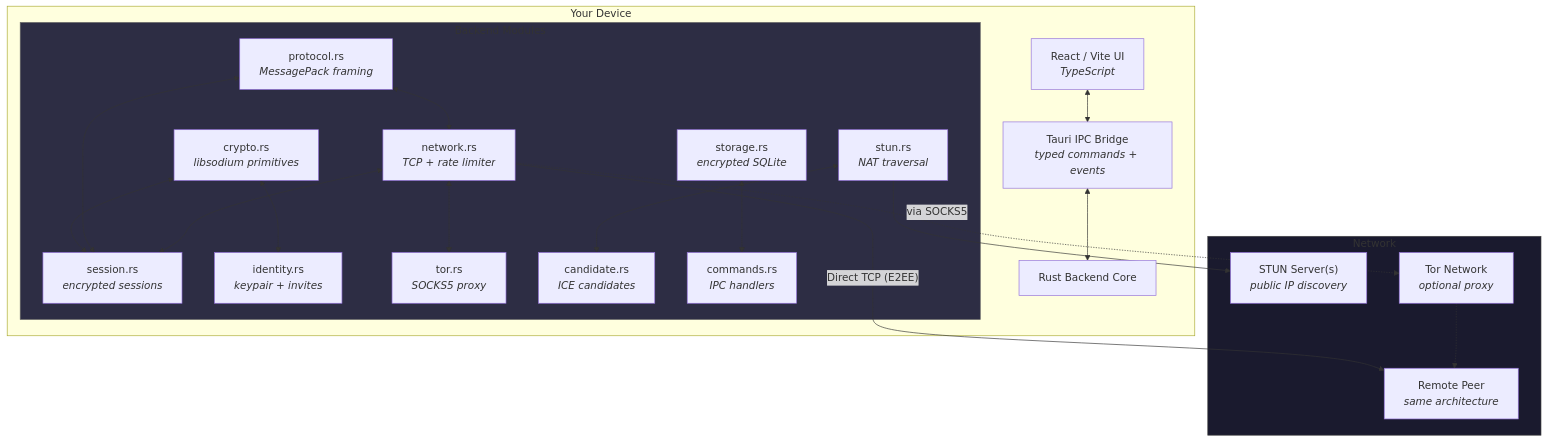
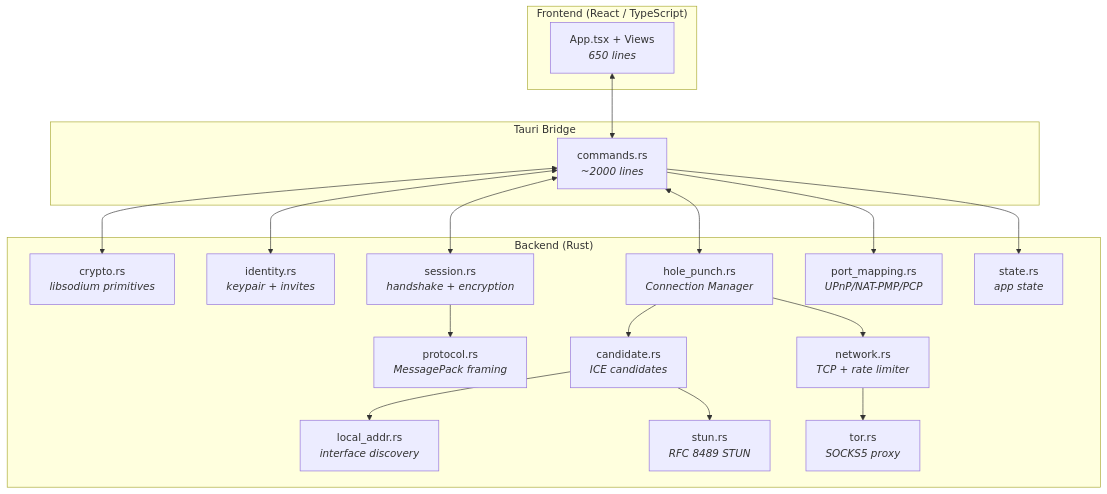
The second of 3 diagrams in README.md (Nciibi/m2m), drawn with Mermaid before and after one commit. The commit also changed other lines of this file and 2 other files, not shown here.

````diff
--- a/README.md
+++ b/README.md
@@ -192,46 +269,34 @@
 ```mermaid
 graph TB
-    subgraph User_Device ["Your Device"]
-        UI["React / Vite UI<br/><i>TypeScript</i>"]
-        IPC["Tauri IPC Bridge<br/><i>typed commands + events</i>"]
-        BE["Rust Backend Core"]
-
-        subgraph BE_Modules ["Backend Modules"]
-            CR["crypto.rs<br/><i>libsodium primitives</i>"]
-            PR["protocol.rs<br/><i>MessagePack framing</i>"]
-            NW["network.rs<br/><i>TCP + rate limiter</i>"]
-            SE["session.rs<br/><i>encrypted sessions</i>"]
-            ID["identity.rs<br/><i>keypair + invites</i>"]
-            ST["storage.rs<br/><i>encrypted SQLite</i>"]
-            SU["stun.rs<br/><i>NAT traversal</i>"]
-            TO["tor.rs<br/><i>SOCKS5 proxy</i>"]
-            CA["candidate.rs<br/><i>ICE candidates</i>"]
-            CM["commands.rs<br/><i>IPC handlers</i>"]
-        end
-
-        UI <--> IPC
-        IPC <--> BE
-        CR <--> SE
-        CR <--> ID
-        PR <--> NW
-        PR <--> SE
-        NW <--> SE
-        NW <--> TO
-        ST <--> CM
-        SU <--> CA
+    subgraph Frontend ["Frontend (React / TypeScript)"]
+        UI["App.tsx + Views<br/><i>650 lines</i>"]
     end
 
-    subgraph Network ["Network"]
-        P1["Remote Peer<br/><i>same architecture</i>"]
-        STUN["STUN Server(s)<br/><i>public IP discovery</i>"]
-        TOR["Tor Network<br/><i>optional proxy</i>"]
+    subgraph IPC ["Tauri Bridge"]
+        CM["commands.rs<br/><i>~2000 lines</i>"]
     end
 
-    NW -->|"Direct TCP (E2EE)"| P1
-    NW -.->|"via SOCKS5"| TOR
-    TOR -.-> P1
-    SU --> STUN
+    subgraph Backend ["Backend (Rust)"]
+        CR["crypto.rs<br/><i>libsodium primitives</i>"]
+        PR["protocol.rs<br/><i>MessagePack framing</i>"]
+        NW["network.rs<br/><i>TCP + rate limiter</i>"]
+        SE["session.rs<br/><i>handshake + encryption</i>"]
+        ID["identity.rs<br/><i>keypair + invites</i>"]
+        ST["storage.rs<br/><i>encrypted SQLite</i>"]
+        STUN["stun.rs<br/><i>RFC 8489 STUN</i>"]
+        TO["tor.rs<br/><i>SOCKS5 proxy</i>"]
+        CA["candidate.rs<br/><i>ICE candidates</i>"]
+        HP["hole_punch.rs<br/><i>Connection Manager</i>"]
+        PM["port_mapping.rs<br/><i>UPnP/NAT-PMP/PCP</i>"]
+        LA["local_addr.rs<br/><i>interface discovery</i>"]
+        ST["state.rs<br/><i>app state</i>"]
+    end
 
-    style BE_Modules fill:#2d2d44,stroke:#666,stroke-width:1px
-    style Network fill:#1a1a2e,stroke:#444,stroke-width:1px
+    UI <--> CM
+    CM <--> CR & ID & SE & HP
+    HP --> CA & NW
+    CA --> LA & STUN
+    CM --> PM & ST
+    NW --> TO
+    SE --> PR
 ```
````
